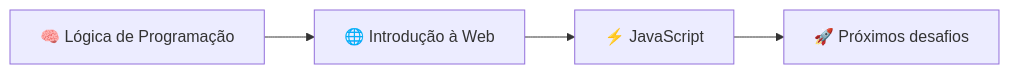
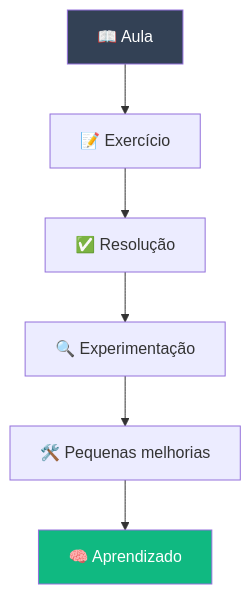
One commit to Paula-Thamyres/Descomplica-VNT-4.0-Trilha-Front-End changed the second of 2 diagrams in 01-logica-de-programacao/README.md. Above: the diagram before and after it, drawn with Mermaid. The commit also changed other lines of this file, not shown here.

````diff
--- a/01-logica-de-programacao/README.md
+++ b/01-logica-de-programacao/README.md
@@ -17,6 +97,11 @@
 ```mermaid
-flowchart LR
-    A["🧠 Lógica de Programação"] --> B["🌐 Introdução à Web"]
-    B --> C["⚡ JavaScript"]
-    C --> D["🚀 Próximos desafios"]
+flowchart TD
+    A["📖 Aula"] --> B["📝 Exercício"]
+    B --> C["✅ Resolução"]
+    C --> D["🔍 Experimentação"]
+    D --> E["🛠️ Pequenas melhorias"]
+    E --> F["🧠 Aprendizado"]
+
+    style A fill:#334155,color:#fff
+    style F fill:#10B981,color:#fff
 ```
````
